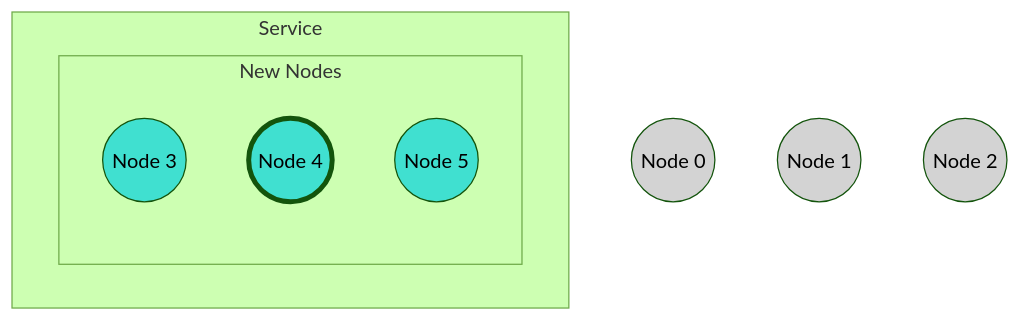
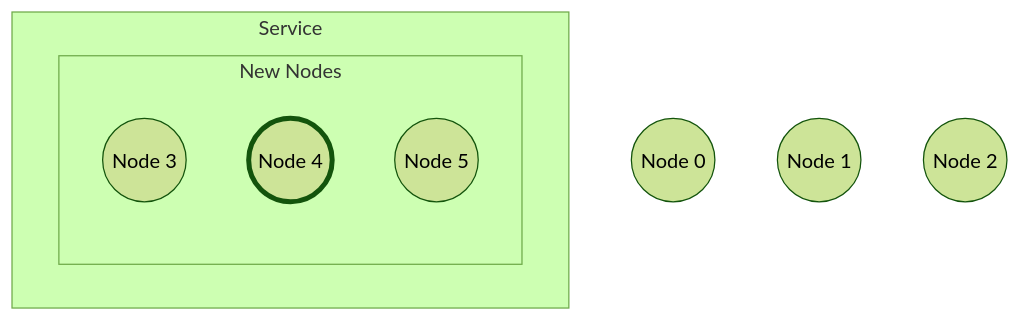
One commit to microsoft/CCF changed the fifth of 6 diagrams in doc/operations/code_upgrade.rst. Above: the diagram before and after it, drawn with Mermaid (forest theme). The commit also changed other lines of this file and 27 other files, not shown here.

```diff
--- a/doc/operations/code_upgrade.rst
+++ b/doc/operations/code_upgrade.rst
@@ -136,26 +119,18 @@
 .. mermaid::
 
     graph TB;
-        classDef NewNode fill:Turquoise
-        classDef RetiredNode fill:LightGray
         classDef Primary stroke-width:4px
 
         Node0((Node 0))
         Node1((Node 1))
         Node2((Node 2))
-        class Node0 RetiredNode
-        class Node1 RetiredNode
-        class Node2 RetiredNode
 
 
         subgraph Service
             subgraph New Nodes
                 Node3((Node 3))
                 Node4((Node 4))
                 class Node4 Primary
                 Node5((Node 5))
-                class Node3 NewNode
-                class Node4 NewNode
-                class Node5 NewNode
             end
         end
```
